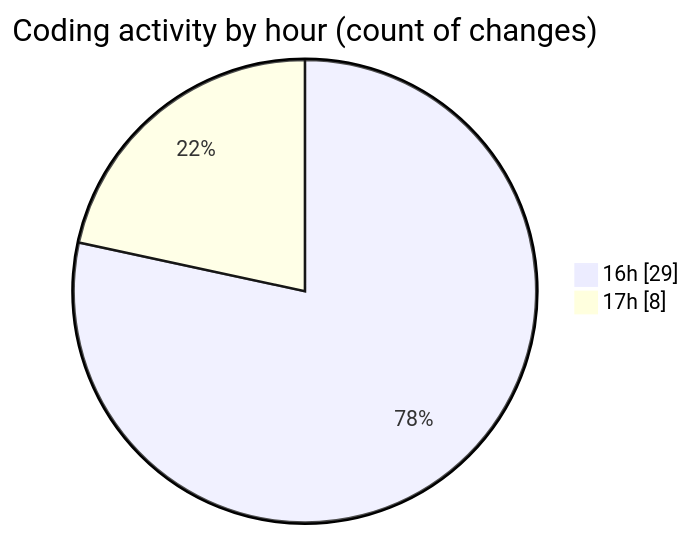
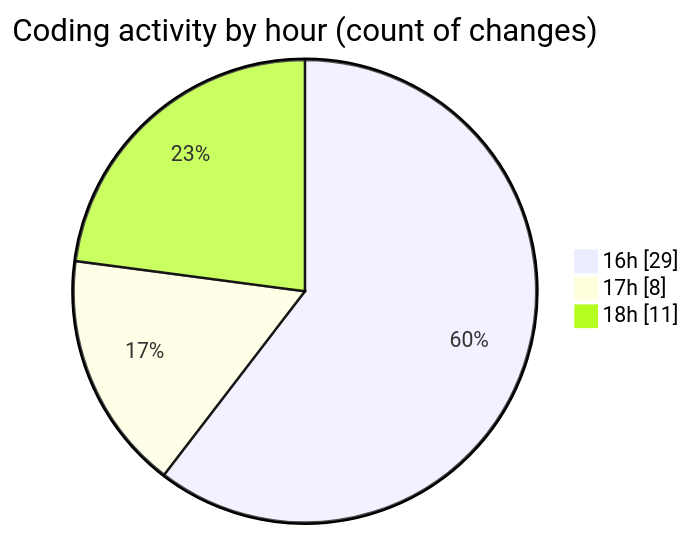
One commit to Netris89/code-tracking changed the second of 2 diagrams in 2025-11-01/skintrack/README.md. Above: the diagram before and after it, drawn with Mermaid. The commit also changed other lines of this file and 1 other file, not shown here.

````diff
--- a/2025-11-01/skintrack/README.md
+++ b/2025-11-01/skintrack/README.md
@@ -32,6 +33,7 @@
 ```mermaid
 pie showData
 title Coding activity by hour (count of changes)
 "16h" : 29
 "17h" : 8
+"18h" : 11
 ```
````
